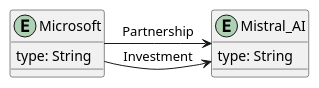
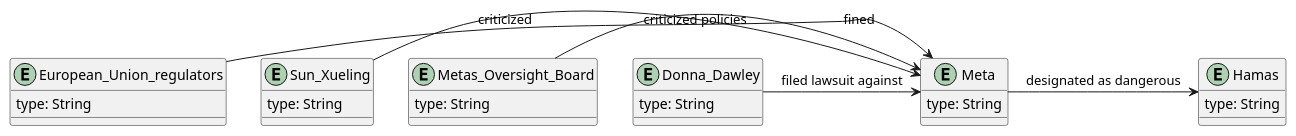
One commit to zzhengweii/zweckers changed the diagram in temp.puml. Above: the diagram before and after it, drawn with PlantUML. The commit also changed 4 other files, not shown here.

```diff
--- a/temp.puml
+++ b/temp.puml
@@ -1,10 +1,25 @@
 @startuml
-entity Microsoft {             
+entity European_Union_regulators {             
 type: String 
 } 
-entity Mistral_AI {             
+entity Meta {             
 type: String 
 } 
-Microsoft -> Mistral_AI : Partnership
-Microsoft -> Mistral_AI : Investment
+entity Sun_Xueling {             
+type: String 
+} 
+entity Metas_Oversight_Board {             
+type: String 
+} 
+entity Donna_Dawley {             
+type: String 
+} 
+entity Hamas {             
+type: String 
+} 
+European_Union_regulators -> Meta : fined
+Sun_Xueling -> Meta : criticized
+Metas_Oversight_Board -> Meta : criticized policies
+Donna_Dawley -> Meta : filed lawsuit against
+Meta -> Hamas : designated as dangerous
 @enduml
```
